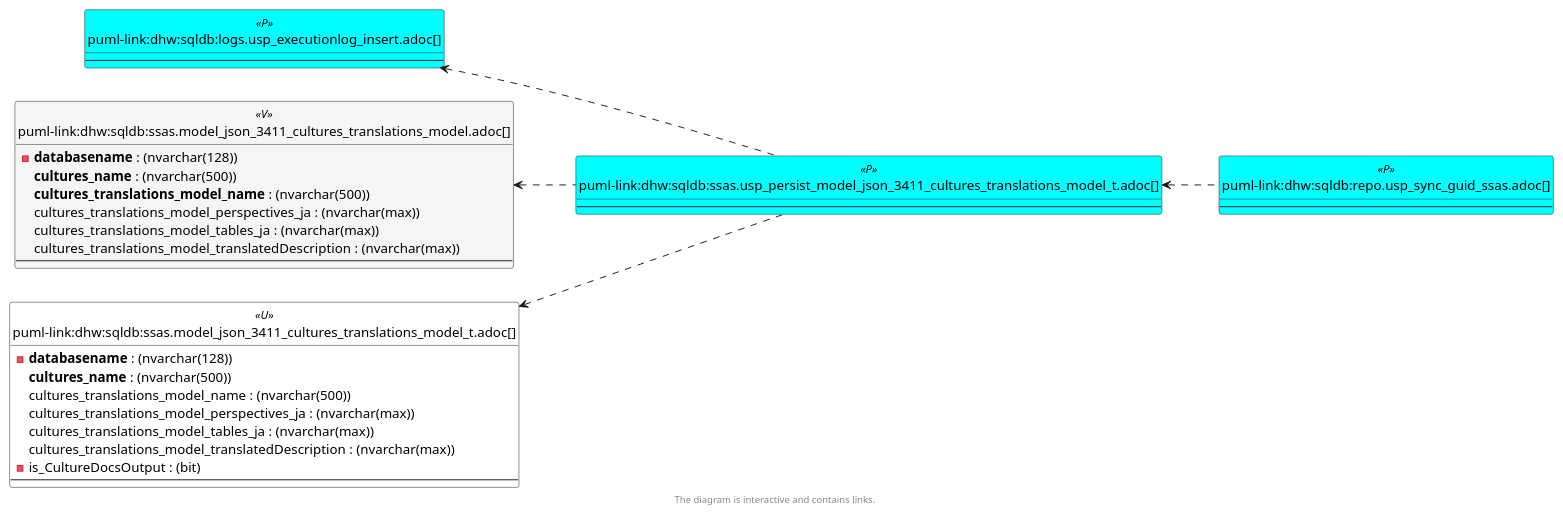
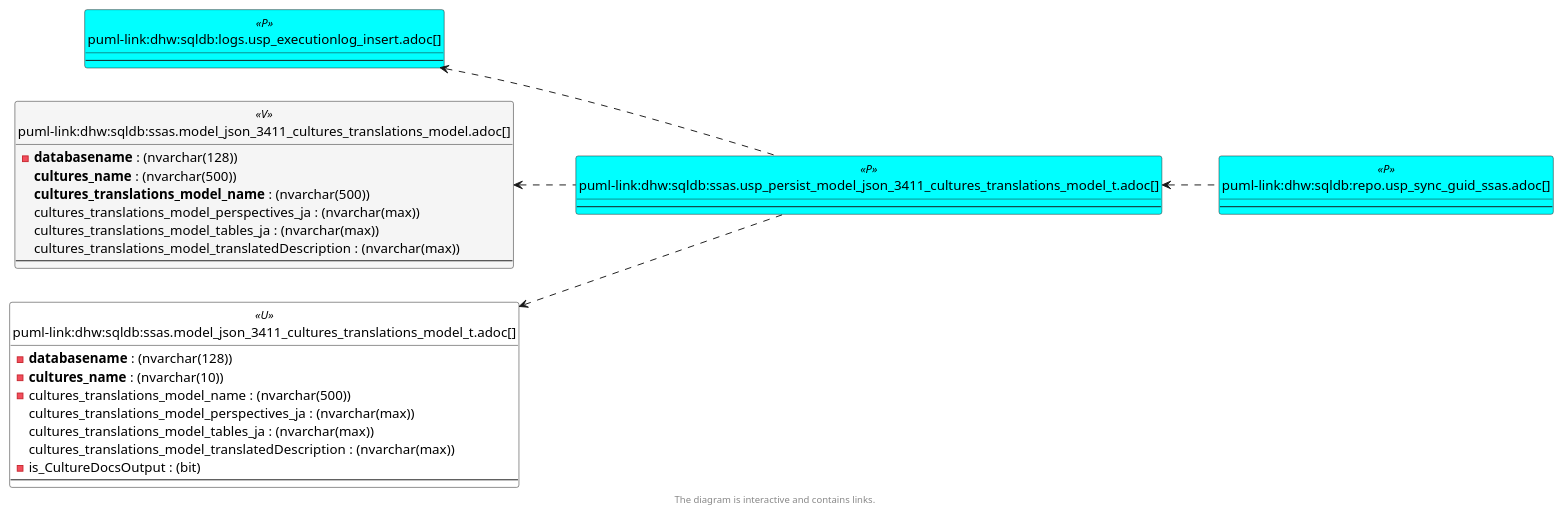
The sixth of 6 diagrams in docs/modules/sqldb/partials/content/ssas.usp_persist_model_json_3411_cultures_translations_model_t.adoc (DataHandwerk/dhw-antora-sqldb), drawn with PlantUML before and after one commit. The commit also changed other lines of this file and 641 other files, not shown here.

```diff
--- a/docs/modules/sqldb/partials/content/ssas.usp_persist_model_json_3411_cultures_translations_model_t.adoc
+++ b/docs/modules/sqldb/partials/content/ssas.usp_persist_model_json_3411_cultures_translations_model_t.adoc
@@ -854,73 +854,73 @@
 [plantuml, entity_1_1_colref-{docname}, svg, subs=macros]
 ....
 @startuml
 left to right direction
 'top to bottom direction
 hide circle
 'avoide "." issues:
 set namespaceSeparator none
 
 
 skinparam class {
   BackgroundColor White
   BackgroundColor<<FN>> Yellow
   BackgroundColor<<FS>> Yellow
   BackgroundColor<<FT>> LightGray
   BackgroundColor<<IF>> Yellow
   BackgroundColor<<IS>> Yellow
   BackgroundColor<<P>>  Aqua
   BackgroundColor<<PC>> Aqua
   BackgroundColor<<SN>> Yellow
   BackgroundColor<<SO>> SlateBlue
   BackgroundColor<<TF>> LightGray
   BackgroundColor<<TR>> Tomato
   BackgroundColor<<U>>  White
   BackgroundColor<<V>>  WhiteSmoke
   BackgroundColor<<X>>  Aqua
   BackgroundColor<<external>> AliceBlue
 }
 
 
 entity "puml-link:dhw:sqldb:logs.usp_executionlog_insert.adoc[]" as logs.usp_ExecutionLog_insert << P >> {
   --
 }
 
 entity "puml-link:dhw:sqldb:repo.usp_sync_guid_ssas.adoc[]" as repo.usp_sync_guid_ssas << P >> {
   --
 }
 
 entity "puml-link:dhw:sqldb:ssas.model_json_3411_cultures_translations_model.adoc[]" as ssas.model_json_3411_cultures_translations_model << V >> {
   - **databasename** : (nvarchar(128))
   **cultures_name** : (nvarchar(500))
   **cultures_translations_model_name** : (nvarchar(500))
   cultures_translations_model_perspectives_ja : (nvarchar(max))
   cultures_translations_model_tables_ja : (nvarchar(max))
   cultures_translations_model_translatedDescription : (nvarchar(max))
   --
 }
 
 entity "puml-link:dhw:sqldb:ssas.model_json_3411_cultures_translations_model_t.adoc[]" as ssas.model_json_3411_cultures_translations_model_T << U >> {
   - **databasename** : (nvarchar(128))
-  **cultures_name** : (nvarchar(500))
-  cultures_translations_model_name : (nvarchar(500))
+  - **cultures_name** : (nvarchar(10))
+  - cultures_translations_model_name : (nvarchar(500))
   cultures_translations_model_perspectives_ja : (nvarchar(max))
   cultures_translations_model_tables_ja : (nvarchar(max))
   cultures_translations_model_translatedDescription : (nvarchar(max))
   - is_CultureDocsOutput : (bit)
   --
 }
 
 entity "puml-link:dhw:sqldb:ssas.usp_persist_model_json_3411_cultures_translations_model_t.adoc[]" as ssas.usp_PERSIST_model_json_3411_cultures_translations_model_T << P >> {
   --
 }
 
 logs.usp_ExecutionLog_insert <.. ssas.usp_PERSIST_model_json_3411_cultures_translations_model_T
 ssas.model_json_3411_cultures_translations_model <.. ssas.usp_PERSIST_model_json_3411_cultures_translations_model_T
 ssas.model_json_3411_cultures_translations_model_T <.. ssas.usp_PERSIST_model_json_3411_cultures_translations_model_T
 ssas.usp_PERSIST_model_json_3411_cultures_translations_model_T <.. repo.usp_sync_guid_ssas
 
 
 footer The diagram is interactive and contains links.
 
 @enduml
 ....
```
